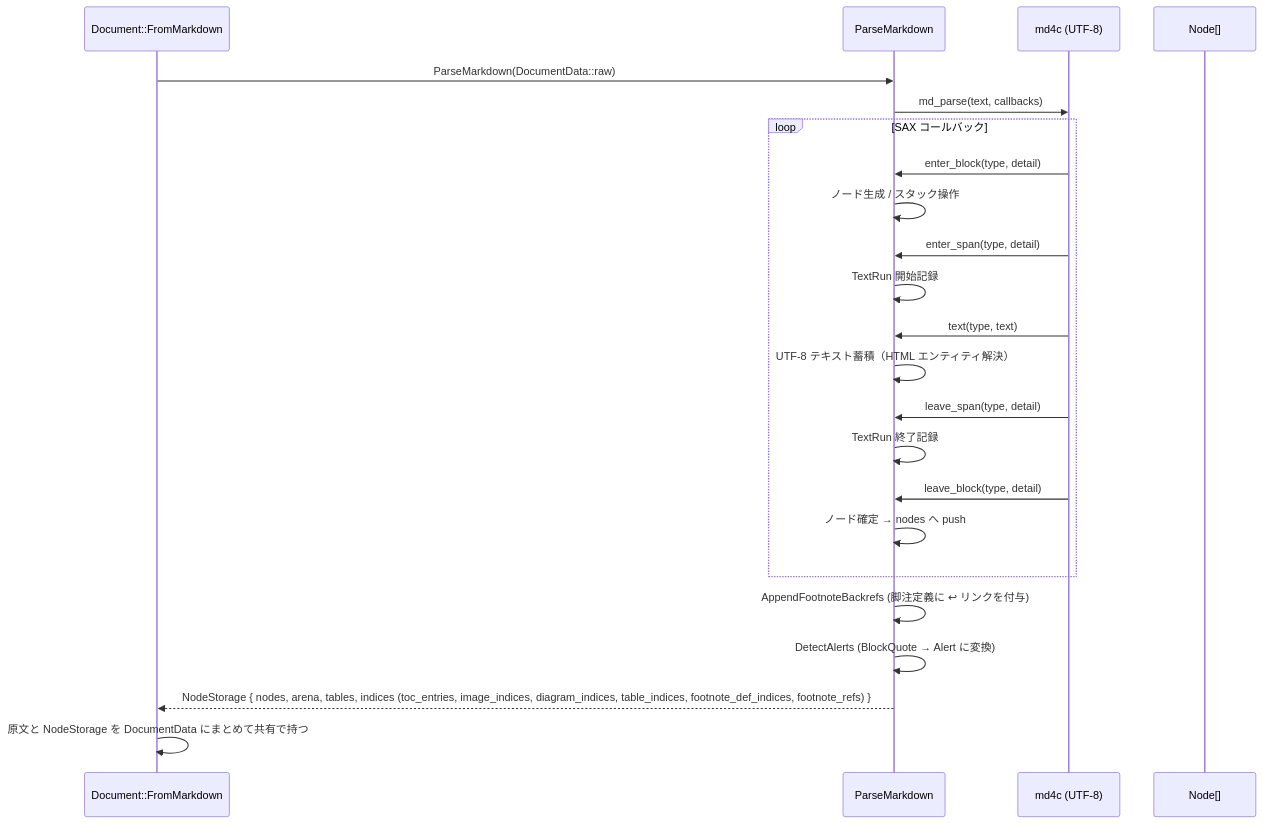
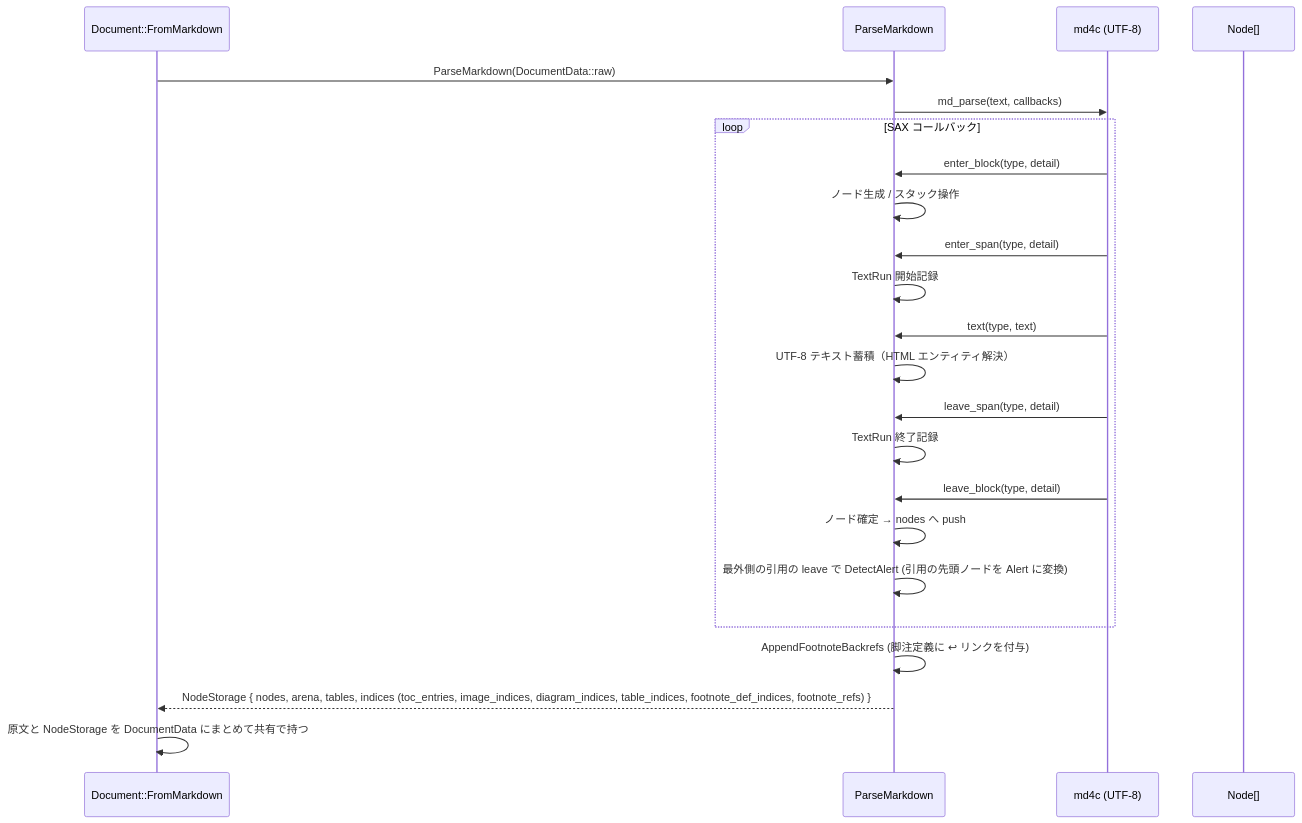
One commit to tanaton/mendo changed the sixth of 27 diagrams in example/test.md. Above: the diagram before and after it, drawn with Mermaid. The commit also changed other lines of this file and 111 other files, not shown here.

````diff
--- a/example/test.md
+++ b/example/test.md
@@ -800,26 +794,26 @@
 ```mermaid
 sequenceDiagram
     participant DOC as Document::FromMarkdown
     participant P as ParseMarkdown
     participant MD as md4c (UTF-8)
     participant N as Node[]
 
     DOC->>P: ParseMarkdown(DocumentData::raw)
     P->>MD: md_parse(text, callbacks)
     loop SAX コールバック
         MD->>P: enter_block(type, detail)
         P->>P: ノード生成 / スタック操作
         MD->>P: enter_span(type, detail)
         P->>P: TextRun 開始記録
         MD->>P: text(type, text)
         P->>P: UTF-8 テキスト蓄積（HTML エンティティ解決）
         MD->>P: leave_span(type, detail)
         P->>P: TextRun 終了記録
         MD->>P: leave_block(type, detail)
         P->>P: ノード確定 → nodes へ push
+        P->>P: 最外側の引用の leave で DetectAlert (引用の先頭ノードを Alert に変換)
     end
     P->>P: AppendFootnoteBackrefs (脚注定義に ↩ リンクを付与)
-    P->>P: DetectAlerts (BlockQuote → Alert に変換)
     P-->>DOC: NodeStorage { nodes, arena, tables, indices (toc_entries, image_indices, diagram_indices, table_indices, footnote_def_indices, footnote_refs) }
     DOC->>DOC: 原文と NodeStorage を DocumentData にまとめて共有で持つ
 ```
````
